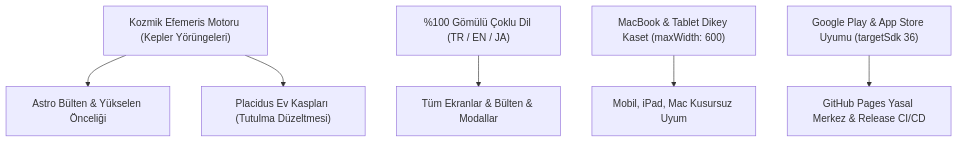
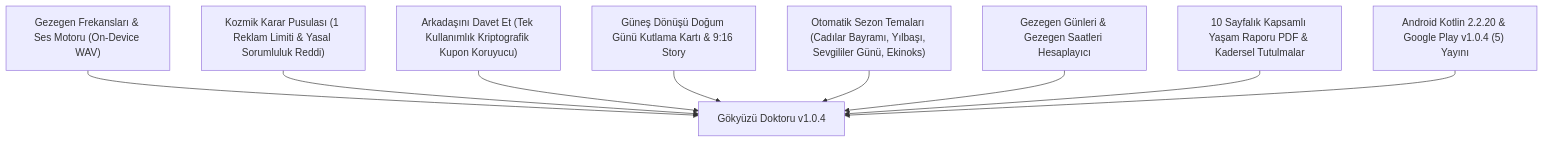
Before and after one commit to yigithanakman-ai/gokyuzu-doktoru: the diagram in GOKYUZU_HAFIZA_TRANSFER.md, drawn with Mermaid. The commit also changed other lines of this file and 1 other file, not shown here.

Commit message:
docs: sync master memory transfer and project status with v1.0.4 release and Platinum multi-profile roadmap [skip ci]

````diff
--- a/GOKYUZU_HAFIZA_TRANSFER.md
+++ b/GOKYUZU_HAFIZA_TRANSFER.md
@@ -22,8 +25,11 @@
 ```mermaid
 flowchart TD
-    A["Kozmik Efemeris Motoru (Kepler Yörüngeleri)"] --> B["Astro Bülten & Yükselen Önceliği"]
-    A --> C["Placidus Ev Kaspları (Tutulma Düzeltmesi)"]
-    D["%100 Gömülü Çoklu Dil (TR / EN / JA)"] --> E["Tüm Ekranlar & Bülten & Modallar"]
-    F["MacBook & Tablet Dikey Kaset (maxWidth: 600)"] --> G["Mobil, iPad, Mac Kusursuz Uyum"]
-    H["Google Play & App Store Uyumu (targetSdk 36)"] --> I["GitHub Pages Yasal Merkez & Release CI/CD"]
+    A["Gezegen Frekansları & Ses Motoru (On-Device WAV)"] --> Z["Gökyüzü Doktoru v1.0.4"]
+    B["Kozmik Karar Pusulası (1 Reklam Limiti & Yasal Sorumluluk Reddi)"] --> Z
+    C["Arkadaşını Davet Et (Tek Kullanımlık Kriptografik Kupon Koruyucu)"] --> Z
+    D["Güneş Dönüşü Doğum Günü Kutlama Kartı & 9:16 Story"] --> Z
+    E["Otomatik Sezon Temaları (Cadılar Bayramı, Yılbaşı, Sevgililer Günü, Ekinoks)"] --> Z
+    F["Gezegen Günleri & Gezegen Saatleri Hesaplayıcı"] --> Z
+    G["10 Sayfalık Kapsamlı Yaşam Raporu PDF & Kadersel Tutulmalar"] --> Z
+    H["Android Kotlin 2.2.20 & Google Play v1.0.4 (5) Yayını"] --> Z
 ```
````
